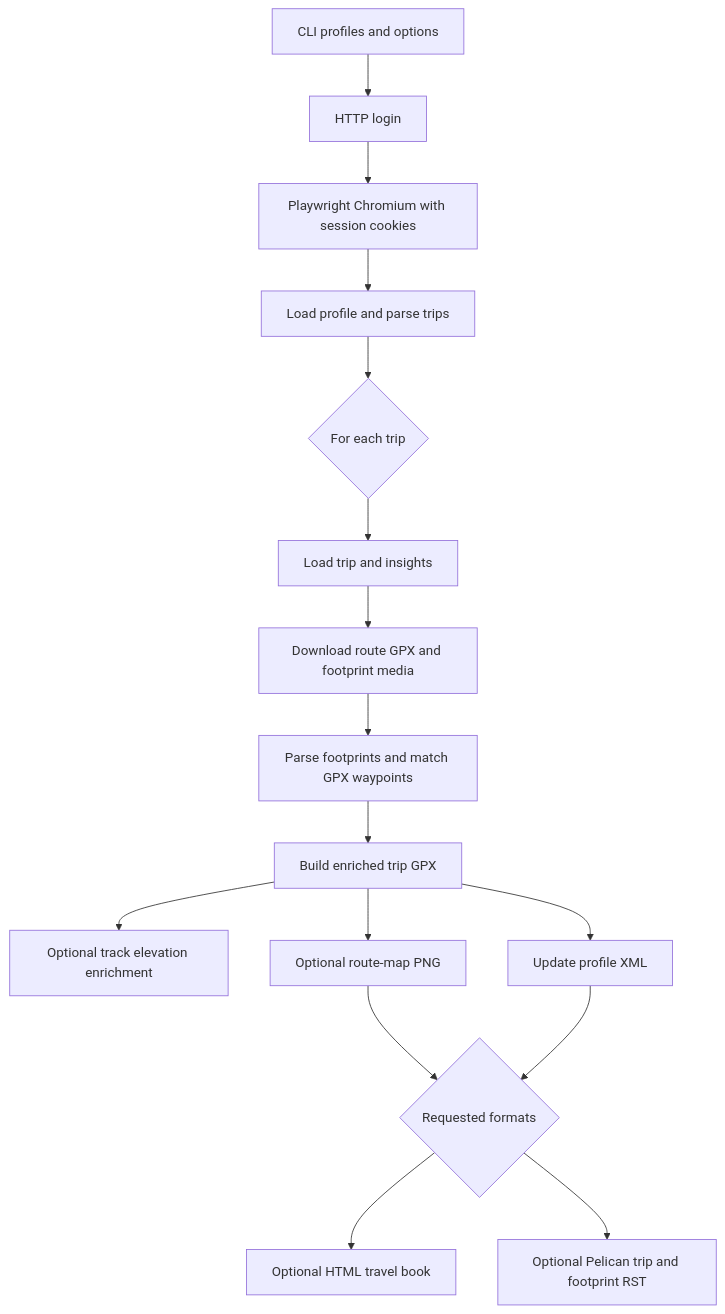
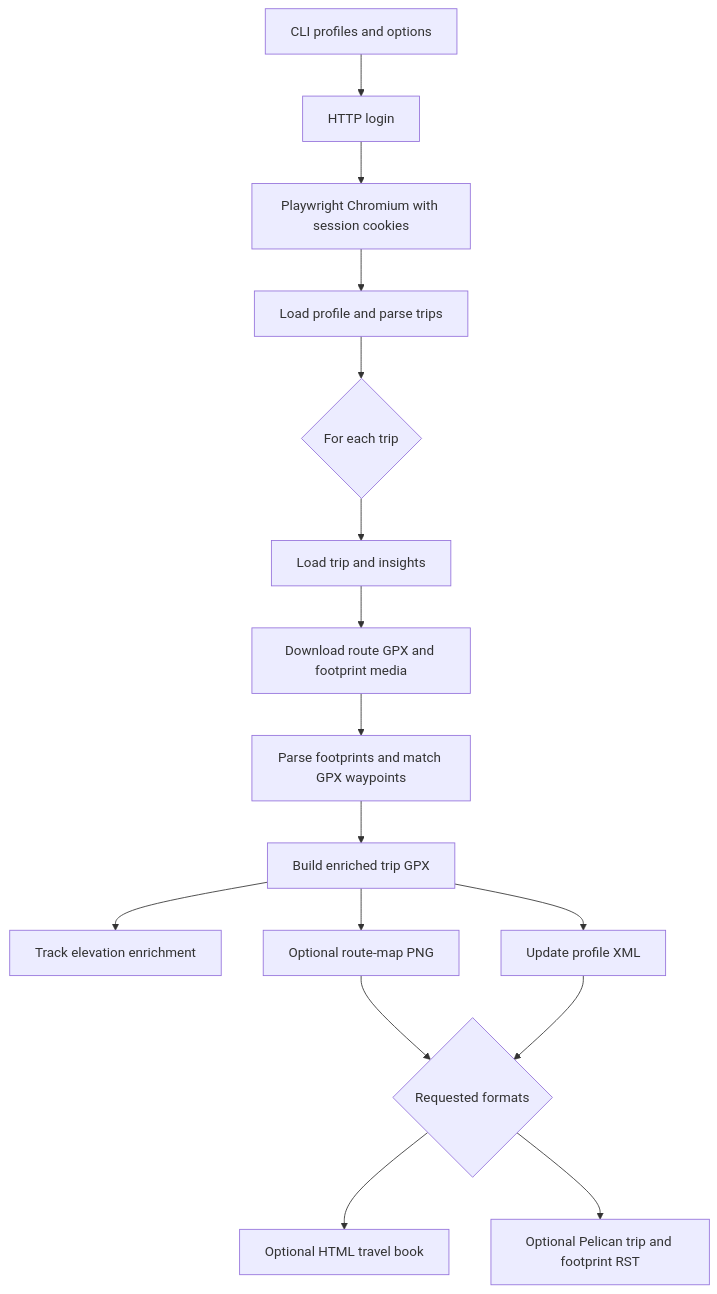
One commit to lburais/FindPenguinsScrapper changed the diagram in docs/architecture.md. Above: the diagram before and after it, drawn with Mermaid. The commit also changed other lines of this file and 8 other files, not shown here.

````diff
--- a/docs/architecture.md
+++ b/docs/architecture.md
@@ -23,18 +23,18 @@
 ```mermaid
 flowchart TD
   A[CLI profiles and options] --> B[HTTP login]
   B --> C[Playwright Chromium with session cookies]
   C --> D[Load profile and parse trips]
   D --> E{For each trip}
   E --> F[Load trip and insights]
   F --> G[Download route GPX and footprint media]
   G --> H[Parse footprints and match GPX waypoints]
   H --> I[Build enriched trip GPX]
-  I --> J[Optional track elevation enrichment]
+  I --> J[Track elevation enrichment]
   I --> K[Optional route-map PNG]
   I --> L[Update profile XML]
   K --> M{Requested formats}
   L --> M
   M --> N[Optional HTML travel book]
   M --> O[Optional Pelican trip and footprint RST]
 ```
````
